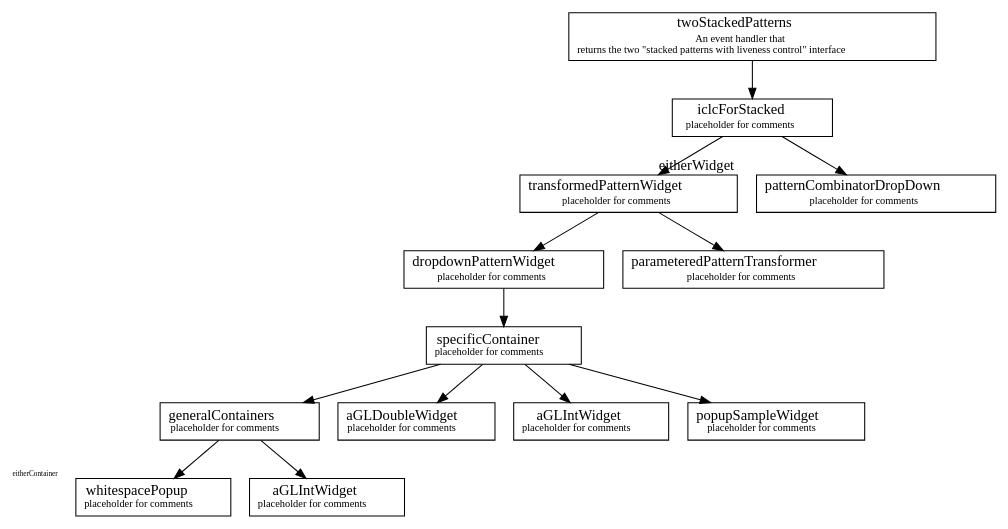
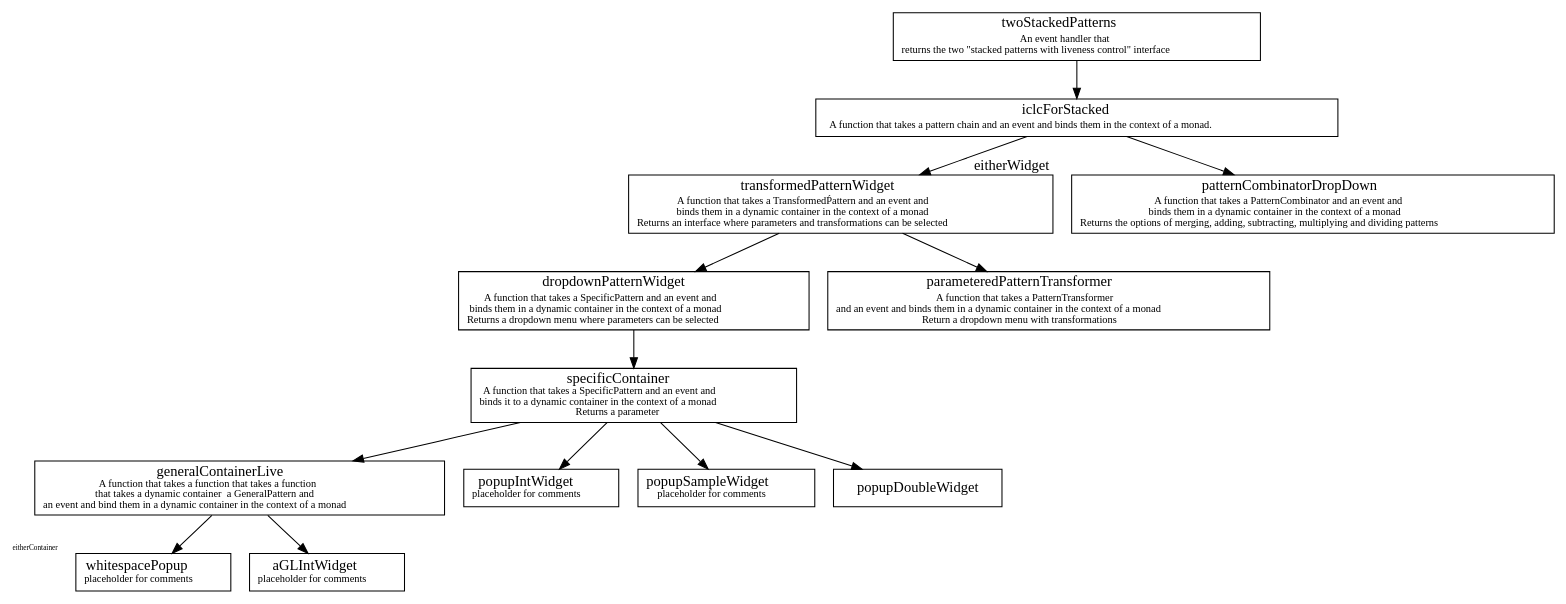
Before and after one commit to dktr0/estuary: the diagram in map/twoStackedPatterns.dot, drawn with Graphviz. The commit also changed 1 other file, not shown here.

```diff
--- a/map/twoStackedPatterns.dot
+++ b/map/twoStackedPatterns.dot
@@ -1,33 +1,32 @@
 digraph twoStackedPatterns {
               node [shape=record, labelloc=b];
               twoStackedPatterns [label=<twoStackedPatterns<BR /> <FONT POINT-SIZE="10">An event handler that <BR /> returns the two "stacked patterns with liveness control" interface </FONT>>];
-              iclcForStacked [label=<iclcForStacked<BR /> <FONT POINT-SIZE="10">placeholder for comments</FONT>> ];
-              transformedPatternWidget [label=<transformedPatternWidget<BR /> <FONT POINT-SIZE="10">placeholder for comments</FONT>> ];
-              patternCombinatorDropDown [label=<patternCombinatorDropDown<BR /> <FONT POINT-SIZE="10">placeholder for comments</FONT>>, xlabel=<eitherWidget>];
-              dropdownPatternWidget [label=<dropdownPatternWidget<BR /> <FONT POINT-SIZE="10">placeholder for comments</FONT>>];
-              parameteredPatternTransformer [label=<parameteredPatternTransformer<BR /> <FONT POINT-SIZE="10">placeholder for comments</FONT>>];
+              iclcForStacked [label=<iclcForStacked<BR /> <FONT POINT-SIZE="10"> A function that takes a pattern chain and an event and binds them in the context of a monad. </FONT>> ];
+              transformedPatternWidget [label=<transformedPatternWidget<BR /> <FONT POINT-SIZE="10">A function that takes a TransformedṔattern and an event and  <BR /> binds them in a dynamic container in the context of a monad <BR /> Returns an interface where parameters and transformations can be selected</FONT>> ];
+              patternCombinatorDropDown [label=<patternCombinatorDropDown<BR /> <FONT POINT-SIZE="10">A function that takes a PatternCombinator and an event and <BR /> binds them in a dynamic container in the context of a monad <BR /> Returns the options of merging, adding, subtracting, multiplying and dividing patterns</FONT>>, xlabel=<eitherWidget>];
+              dropdownPatternWidget [label=<dropdownPatternWidget<BR /> <FONT POINT-SIZE="10"> A function that takes a SpecificPattern and an event and <BR /> binds them in a dynamic container in the context of a monad <BR /> Returns a dropdown menu where parameters can be selected </FONT>>];
+              parameteredPatternTransformer [label=<parameteredPatternTransformer<BR /> <FONT POINT-SIZE="10">A function that takes a PatternTransformer <BR /> and an event and binds them in a dynamic container in the context of a monad <BR /> Return a dropdown menu with transformations</FONT>>];
               whitespacePopup [xlabel=<<FONT POINT-SIZE="7"> eitherContainer</FONT>>];
-              generalContainer [label=<generalContainers <BR/><FONT POINT-SIZE="10">placeholder for comments</FONT>>];
-              specificContainer [label=<specificContainer <BR/><FONT POINT-SIZE="10">placeholder for comments</FONT>>];
-              aGLWidget [label=<aGLIntWidget <BR/><FONT POINT-SIZE="10">placeholder for comments</FONT>>];
-              aGLDoubleWidget [label=<aGLDoubleWidget <BR/><FONT POINT-SIZE="10">placeholder for comments</FONT>>];
-              aGLIntWidget [label=<aGLIntWidget <BR/><FONT POINT-SIZE="10">placeholder for comments</FONT>>];
+              specificContainer [label=<specificContainer <BR/><FONT POINT-SIZE="10">A function that takes a SpecificPattern and an event and <BR /> binds it to a dynamic container in the context of a monad <BR /> Returns a parameter </FONT>>];
+              generalContainerLive [label=<generalContainerLive <BR/><FONT POINT-SIZE="10">A function that takes a function that takes a function <BR /> that takes a dynamic container  a GeneralPattern and <BR /> an event and bind them in a dynamic container in the context of a monad</FONT>>];
+              popupIntWidget [label=<popupIntWidget <BR/><FONT POINT-SIZE="10">placeholder for comments</FONT>>];
               popupSampleWidget [label=<popupSampleWidget <BR/><FONT POINT-SIZE="10">placeholder for comments</FONT>>];
               whitespacePopup [label=<whitespacePopup <BR/><FONT POINT-SIZE="10">placeholder for comments</FONT>>];
+              aGLWidget [label=<aGLIntWidget <BR/><FONT POINT-SIZE="10">placeholder for comments</FONT>>];
 
               twoStackedPatterns -> iclcForStacked
               iclcForStacked -> transformedPatternWidget
               iclcForStacked -> patternCombinatorDropDown
               transformedPatternWidget -> dropdownPatternWidget
               dropdownPatternWidget -> specificContainer
-              specificContainer -> generalContainer
-              generalContainer -> aGLWidget
-              generalContainer -> whitespacePopup
+              specificContainer -> generalContainerLive
+              generalContainerLive -> aGLWidget
+              generalContainerLive -> whitespacePopup
 
 //specificContainer right branch
-              specificContainer -> aGLDoubleWidget
-              specificContainer -> aGLIntWidget
+              specificContainer -> popupDoubleWidget
+              specificContainer -> popupIntWidget
               specificContainer -> popupSampleWidget
 
               transformedPatternWidget -> parameteredPatternTransformer
 }
```
